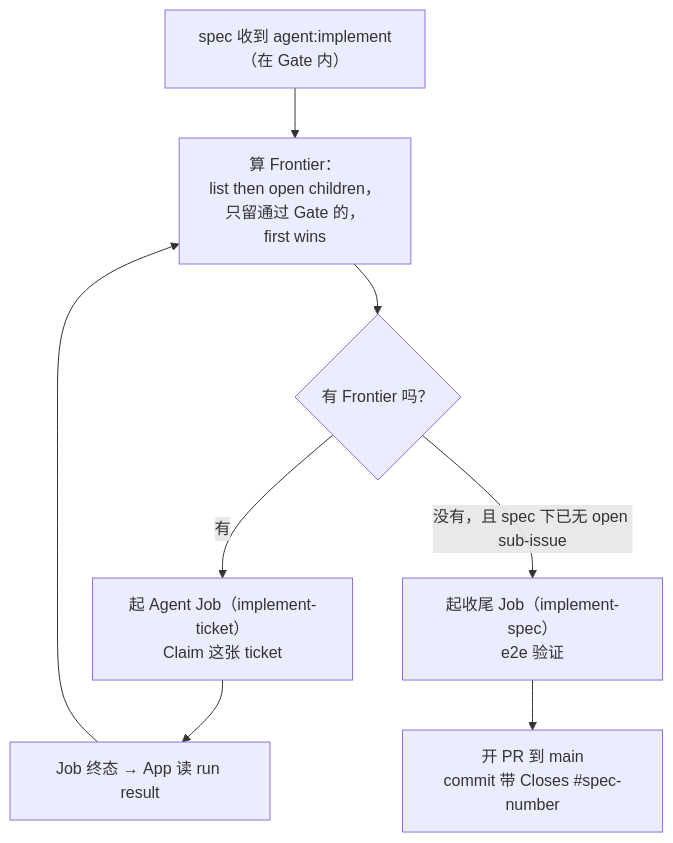
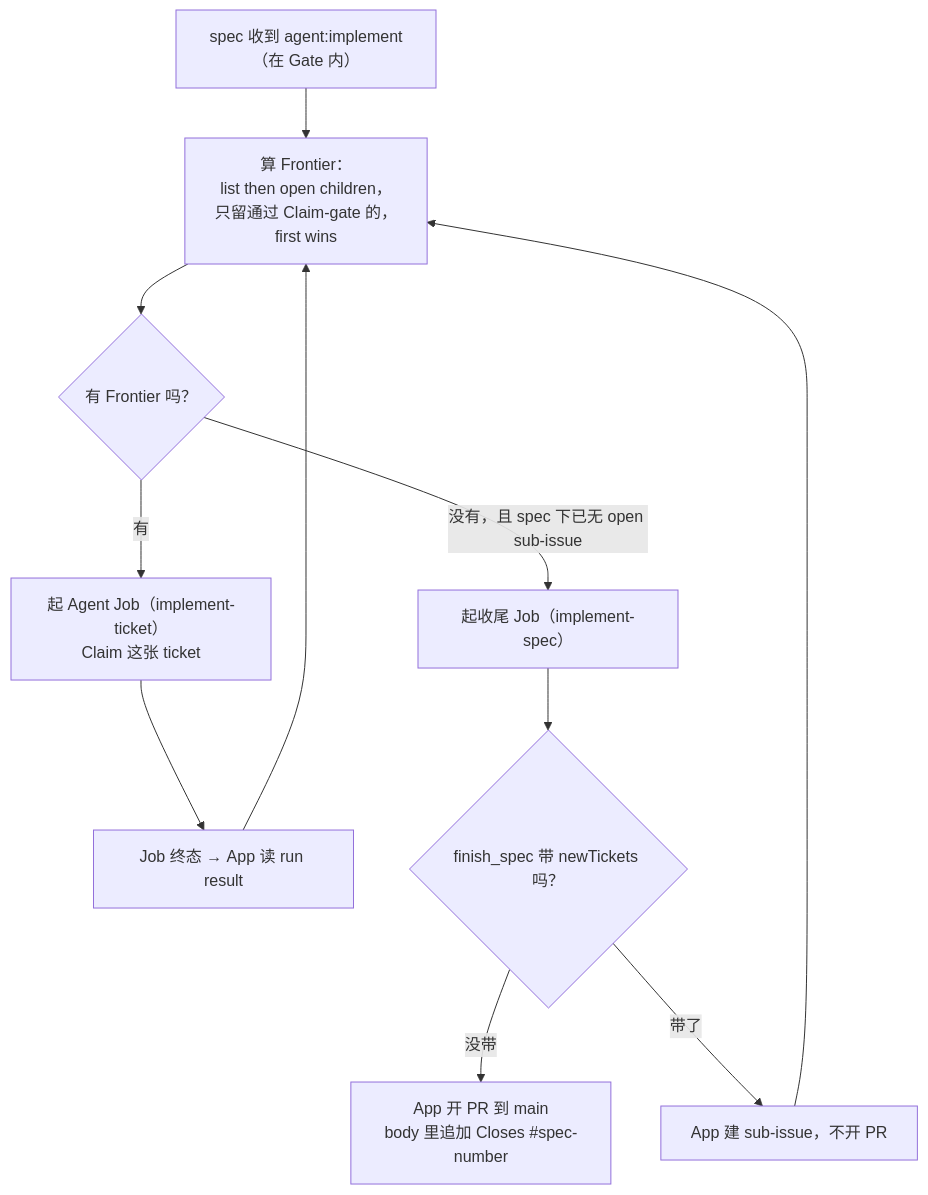
The third of 9 diagrams in docs/architecture.md (2017fighting/remote-agent), drawn with Mermaid before and after one commit. The commit also changed other lines of this file and 151 other files, not shown here.

First line of the commit message:
remote-agent v1: App + Job image + CI (spec #33) (#44)

````diff
--- a/docs/architecture.md
+++ b/docs/architecture.md
@@ -93,10 +100,13 @@
 ```mermaid
 flowchart TD
-    Start["spec 收到 agent:implement（在 Gate 内）"] --> F["算 Frontier：<br/>list then open children，<br/>只留通过 Gate 的，<br/>first wins"]
+    Start["spec 收到 agent:implement（在 Gate 内）"] --> F["算 Frontier：<br/>list then open children，<br/>只留通过 Claim-gate 的，<br/>first wins"]
     F --> Has{"有 Frontier 吗？"}
     Has -->|"有"| Job["起 Agent Job（implement-ticket）<br/>Claim 这张 ticket"]
     Job --> Read["Job 终态 → App 读 run result"]
     Read --> F
-    Has -->|"没有，且 spec 下已无 open sub-issue"| Tail["起收尾 Job（implement-spec）<br/>e2e 验证"]
-    Tail --> PR["开 PR 到 main<br/>commit 带 Closes #spec-number"]
+    Has -->|"没有，且 spec 下已无 open sub-issue"| Tail["起收尾 Job（implement-spec）"]
+    Tail --> Done{"finish_spec 带 newTickets 吗？"}
+    Done -->|"没带"| PR["App 开 PR 到 main<br/>body 里追加 Closes #spec-number"]
+    Done -->|"带了"| Sub["App 建 sub-issue，不开 PR"]
+    Sub --> F
 ```
````
